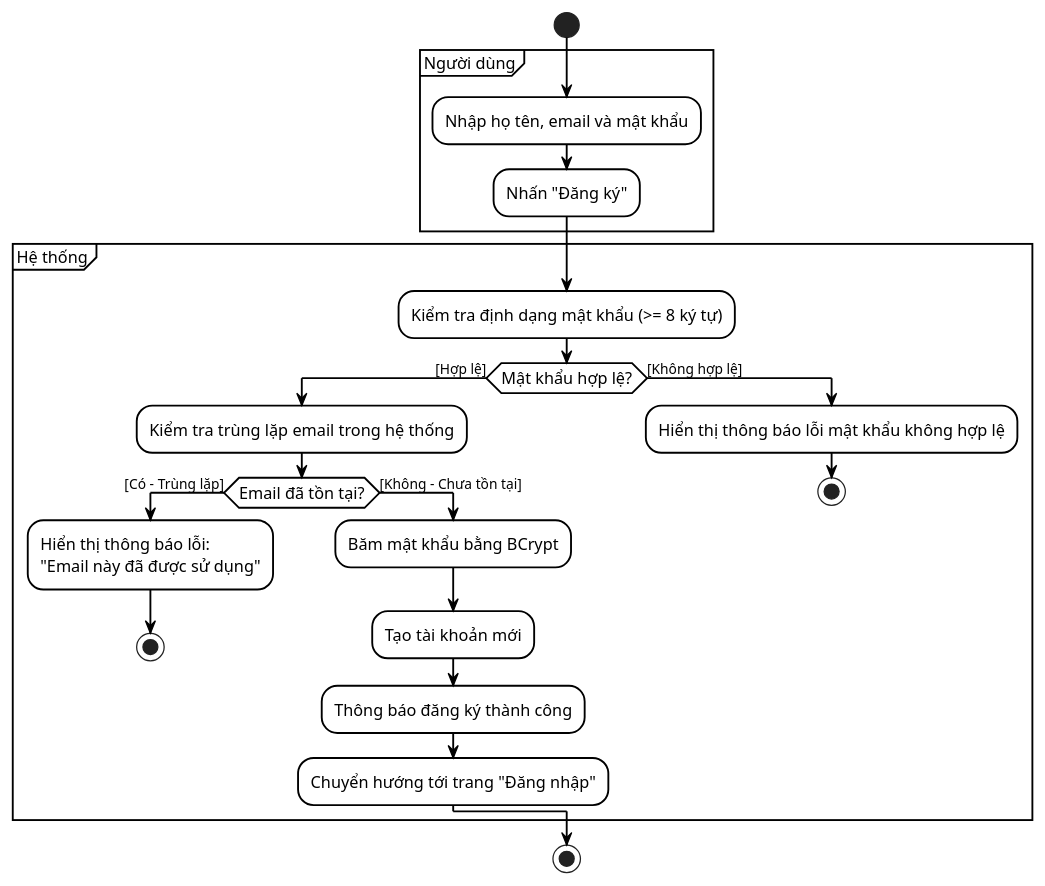
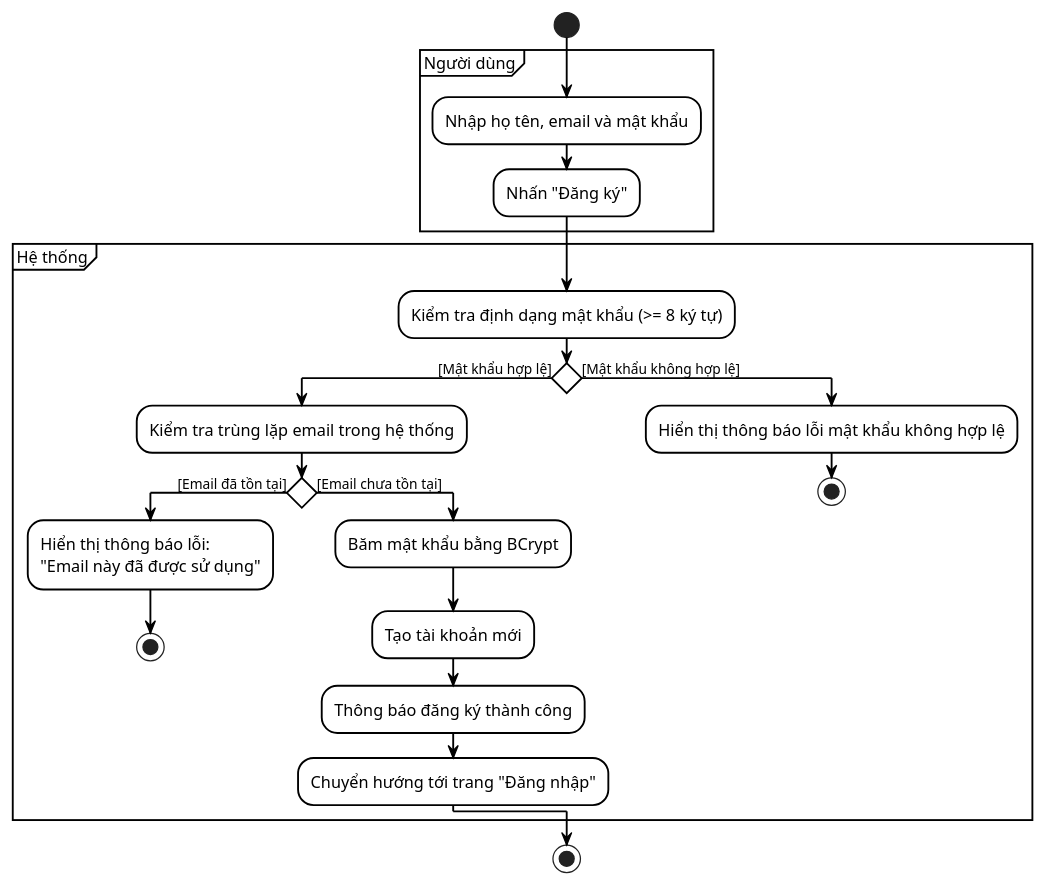
The diagram in docs/diagrams/auth/activity-auth-register.puml (Phuc280106/BrewLite2), drawn with PlantUML before and after one commit. The commit also changed 3 other files, not shown here.

Commit message:
fix(diagrams): cập nhật kí hiệu activity auth

```diff
--- a/docs/diagrams/auth/activity-auth-register.puml
+++ b/docs/diagrams/auth/activity-auth-register.puml
@@ -1,60 +1,60 @@
 @startuml
 
 skinparam monochrome true
 skinparam shadowing false
 skinparam backgroundColor white
 
 skinparam activity {
     BackgroundColor #FFFFFF
     BorderColor #000000
     BorderThickness 1.5
     FontColor #000000
     FontSize 13
     ArrowColor #000000
 }
 
 skinparam activityDiamond {
     BackgroundColor #FFFFFF
     BorderColor #000000
     BorderThickness 1.5
     FontColor #000000
 }
 
 skinparam partition {
     BorderColor #000000
     BackgroundColor #FFFFFF
     FontColor #000000
     FontSize 13
 }
 
 start
 
 partition "Người dùng" {
     :Nhập họ tên, email và mật khẩu;
     :Nhấn "Đăng ký";
 }
 
 partition "Hệ thống" {
     :Kiểm tra định dạng mật khẩu (>= 8 ký tự);
     
-    if (Mật khẩu hợp lệ?) then ([Hợp lệ])
+    if () then ([Mật khẩu hợp lệ])
         :Kiểm tra trùng lặp email trong hệ thống;
         
-        if (Email đã tồn tại?) then ([Có - Trùng lặp])
+        if () then ([Email đã tồn tại])
             :Hiển thị thông báo lỗi:\n"Email này đã được sử dụng";
             stop
-        else ([Không - Chưa tồn tại])
+        else ([Email chưa tồn tại])
             :Băm mật khẩu bằng BCrypt;
             :Tạo tài khoản mới;
             :Thông báo đăng ký thành công;
             :Chuyển hướng tới trang "Đăng nhập";
         endif
-    else ([Không hợp lệ])
+    else ([Mật khẩu không hợp lệ])
         :Hiển thị thông báo lỗi mật khẩu không hợp lệ;
         stop
     endif
 }
 
 stop
 
 @enduml
```
